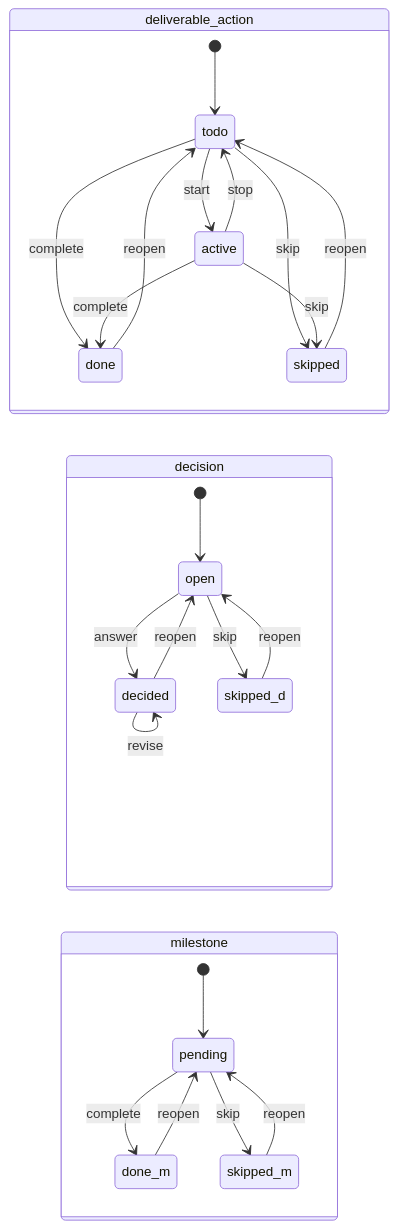
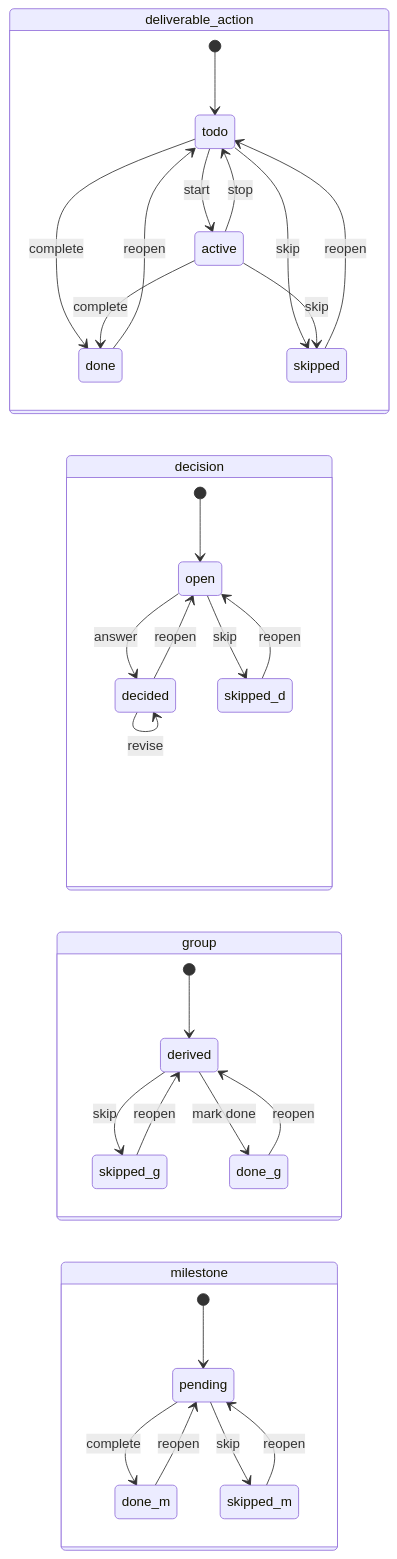
One commit to JacobHayes/cairn changed the fourth of 5 diagrams in PRD.md. Above: the diagram before and after it, drawn with Mermaid. The commit also changed other lines of this file and 76 other files, not shown here.

````diff
--- a/PRD.md
+++ b/PRD.md
@@ -506,30 +507,37 @@
   ```mermaid
   stateDiagram-v2
       direction LR
       state deliverable_action {
           [*] --> todo
           todo --> active : start
           active --> todo : stop
           todo --> done : complete
           active --> done : complete
           todo --> skipped : skip
           active --> skipped : skip
           done --> todo : reopen
           skipped --> todo : reopen
       }
       state decision {
           [*] --> open
           open --> decided : answer
           decided --> decided : revise
           open --> skipped_d : skip
           decided --> open : reopen
           skipped_d --> open : reopen
       }
+      state group {
+          [*] --> derived
+          derived --> skipped_g : skip
+          derived --> done_g : mark done
+          skipped_g --> derived : reopen
+          done_g --> derived : reopen
+      }
       state milestone {
           [*] --> pending
           pending --> done_m : complete
           pending --> skipped_m : skip
           done_m --> pending : reopen
           skipped_m --> pending : reopen
       }
   ```
````
